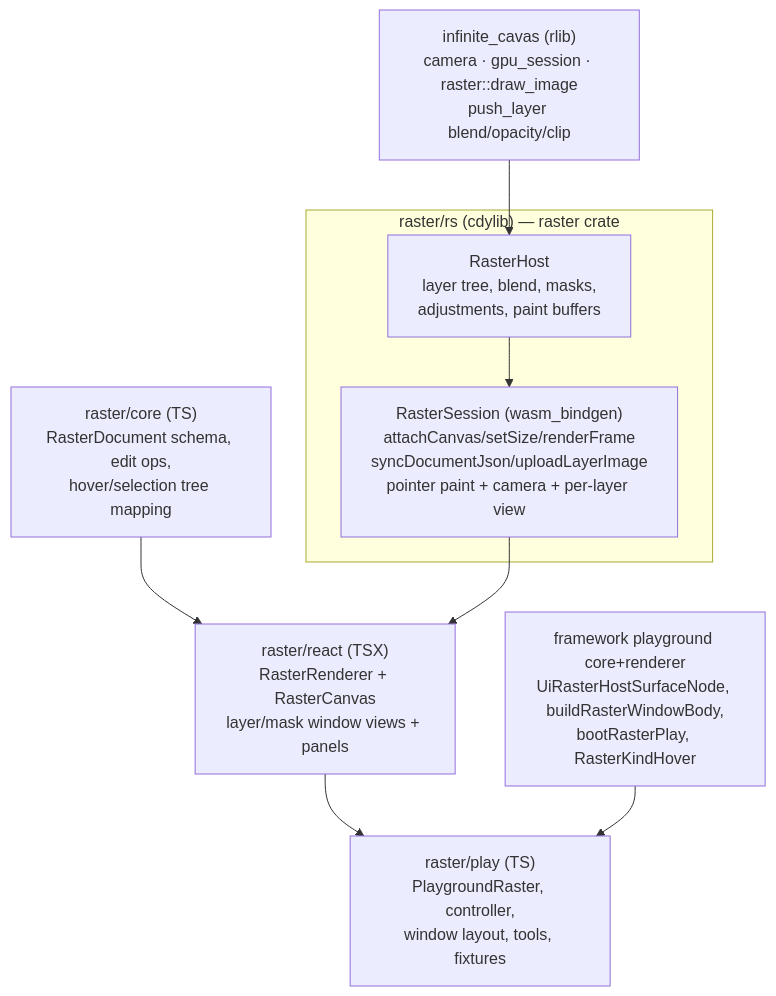
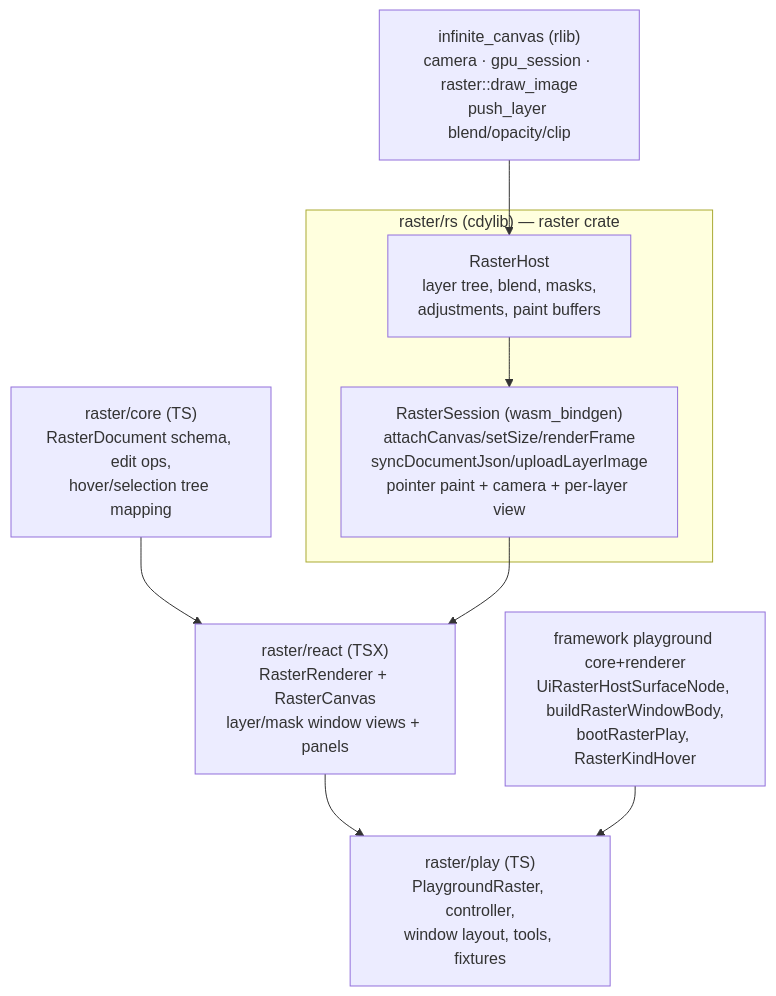
The diagram in .🦑️repo/🎫️tickets/🎆️26/🌙️06/☀️30/SEMIO-LOGO-RASTER-FIXTURE-AND-IMPORT-EXPORT/raster_technology_5dd4bffd.plan.md (usalu/semio), drawn with Mermaid before and after one commit. The commit also changed other lines of this file and 578 other files, not shown here.

````diff
--- a/.🦑️repo/🎫️tickets/🎆️26/🌙️06/☀️30/SEMIO-LOGO-RASTER-FIXTURE-AND-IMPORT-EXPORT/raster_technology_5dd4bffd.plan.md
+++ b/.🦑️repo/🎫️tickets/🎆️26/🌙️06/☀️30/SEMIO-LOGO-RASTER-FIXTURE-AND-IMPORT-EXPORT/raster_technology_5dd4bffd.plan.md
@@ -47,19 +47,19 @@
 ```mermaid
 flowchart TB
   subgraph rust ["raster/rs (cdylib) — raster crate"]
     Host["RasterHost\nlayer tree, blend, masks,\nadjustments, paint buffers"]
     Sess["RasterSession (wasm_bindgen)\nattachCanvas/setSize/renderFrame\nsyncDocumentJson/uploadLayerImage\npointer paint + camera + per-layer view"]
   end
-  IC["infinite_cavas (rlib)\ncamera · gpu_session · raster::draw_image\npush_layer blend/opacity/clip"]
+  IC["infinite_canvas (rlib)\ncamera · gpu_session · raster::draw_image\npush_layer blend/opacity/clip"]
   Core["raster/core (TS)\nRasterDocument schema, edit ops,\nhover/selection tree mapping"]
   React["raster/react (TSX)\nRasterRenderer + RasterCanvas\nlayer/mask window views + panels"]
   Play["raster/play (TS)\nPlaygroundRaster, controller,\nwindow layout, tools, fixtures"]
   FW["framework playground core+renderer\nUiRasterHostSurfaceNode, buildRasterWindowBody,\nbootRasterPlay, RasterKindHover"]
 
   IC --> Host
   Host --> Sess
   Core --> React
   Sess --> React
   React --> Play
   FW --> Play
 ```
````
